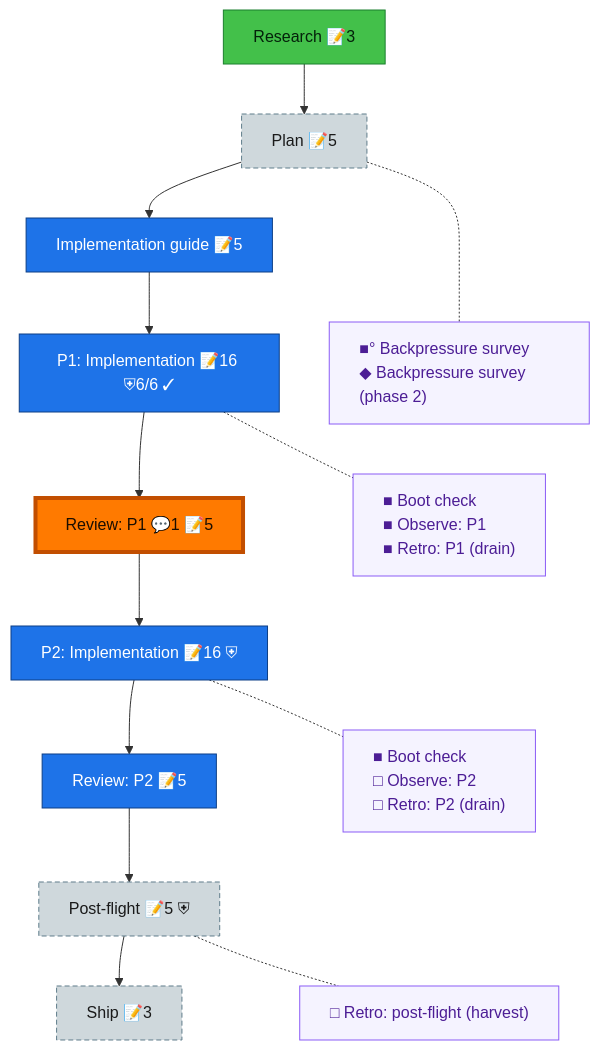
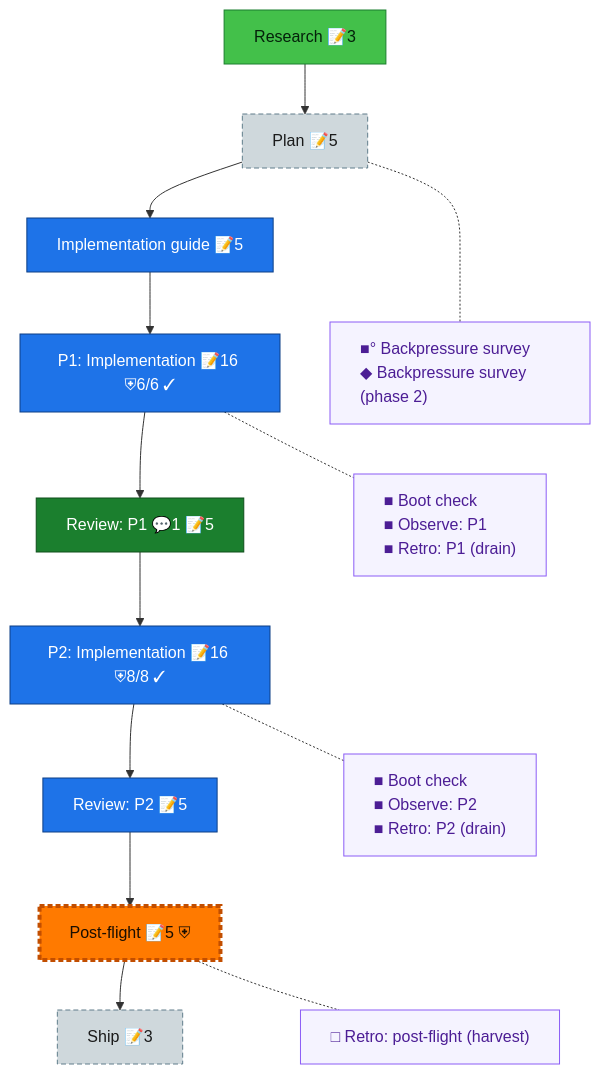
Before and after one commit to AI-Substrate/Unisphere: the diagram in docs/plans/028-prep-canonical-tables/the-flow.md, drawn with Mermaid. The commit also changed other lines of this file and 4 other files, not shown here.

First line of the commit message:
docs(plan-028): phase-2 retro drain, chores receipted, flow advanced to post-flight

````diff
--- a/docs/plans/028-prep-canonical-tables/the-flow.md
+++ b/docs/plans/028-prep-canonical-tables/the-flow.md
@@ -8,36 +8,36 @@
 ```mermaid
 flowchart TD
     research["Research 📝3"]:::wip
     plan["Plan 📝5"]:::assumed
     impl_guide["Implementation guide 📝5"]:::known
     phase_1["P1: Implementation 📝16 ⛨6/6 ✓"]:::known
     review_1["Review: P1 💬1 📝5"]:::done
-    phase_2["P2: Implementation 📝16 ⛨"]:::known
+    phase_2["P2: Implementation 📝16 ⛨8/8 ✓"]:::known
     review_2["Review: P2 📝5"]:::known
     post_flight["Post-flight 📝5 ⛨"]:::assumed
     ship["Ship 📝3"]:::assumed
 
     research --> plan --> impl_guide --> phase_1 --> review_1 --> phase_2 --> review_2 --> post_flight --> ship
 
     planC["■° Backpressure survey<br/>◆ Backpressure survey (phase 2)"]:::chore
     phase_1C["■ Boot check<br/>■ Observe: P1<br/>■ Retro: P1 (drain)"]:::chore
-    phase_2C["■ Boot check<br/>□ Observe: P2<br/>□ Retro: P2 (drain)"]:::chore
+    phase_2C["■ Boot check<br/>■ Observe: P2<br/>■ Retro: P2 (drain)"]:::chore
     post_flightC["□ Retro: post-flight (harvest)"]:::chore
 
     %% invisible chain holds the gutter boxes in their own column
     planC ~~~ phase_1C ~~~ phase_2C ~~~ post_flightC
 
     %% dotted links pull each gutter box beside its node
     plan -.- planC
     phase_1 -.- phase_1C
     phase_2 -.- phase_2C
     post_flight -.- post_flightC
 
     classDef done fill:#1B7F2E,stroke:#0F4F1B,color:#fff;
     classDef wip fill:#43C04A,stroke:#1B7F2E,color:#04210A;
     classDef known fill:#1E73E8,stroke:#0D3F86,color:#fff;
     classDef assumed fill:#CFD8DC,stroke:#607D8B,color:#1a1a1a,stroke-dasharray:5 3;
     classDef chore fill:#f5f3ff,stroke:#8b5cf6,color:#4c1d95,text-align:left;
     classDef current fill:#FF7A00,stroke:#C24E00,color:#1a0e00,stroke-width:4px;
-    class review_1 current;
+    class post_flight current;
 ```
````
